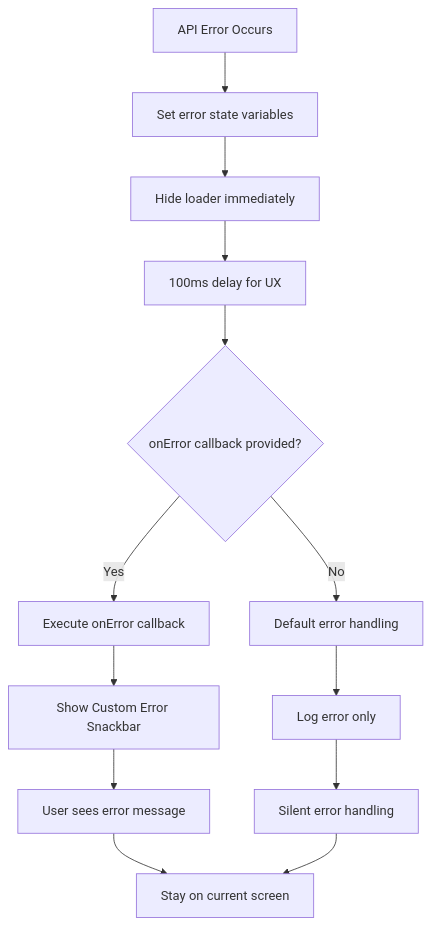
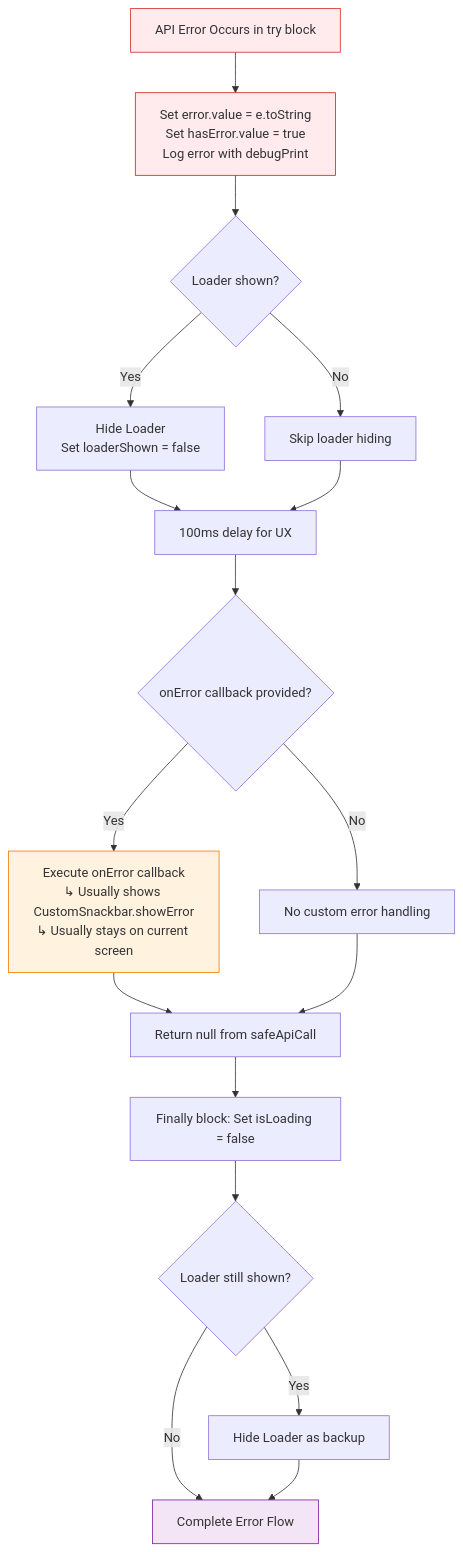
Before and after one commit to nomatake/KiokuNaviApp: the third of 3 diagrams in docs/API_CALL_GUIDANCE.md, drawn with Mermaid. The commit also changed other lines of this file, not shown here.

````diff
--- a/docs/API_CALL_GUIDANCE.md
+++ b/docs/API_CALL_GUIDANCE.md
@@ -130,19 +154,27 @@
 ```mermaid
 flowchart TD
-    A[API Error Occurs] --> B[Set error state variables]
-    B --> C[Hide loader immediately]
-    C --> D[100ms delay for UX]
-    D --> E{onError callback provided?}
+    A[API Error Occurs in try block] --> B[Set error.value = e.toString<br/>Set hasError.value = true<br/>Log error with debugPrint]
+    B --> C{Loader shown?}
+    C -->|Yes| D[Hide Loader<br/>Set loaderShown = false]
+    C -->|No| E[Skip loader hiding]
+    D --> F[100ms delay for UX]
+    E --> F
+    F --> G{onError callback provided?}
     
-    E -->|Yes| F[Execute onError callback]
-    E -->|No| G[Default error handling]
+    G -->|Yes| H[Execute onError callback<br/>↳ Usually shows CustomSnackbar.showError<br/>↳ Usually stays on current screen]
+    G -->|No| I[No custom error handling]
     
-    F --> H[Show Custom Error Snackbar]
-    G --> I[Log error only]
+    H --> J[Return null from safeApiCall]
+    I --> J
     
-    H --> J[User sees error message]
-    I --> K[Silent error handling]
+    J --> K[Finally block: Set isLoading = false]
+    K --> L{Loader still shown?}
+    L -->|Yes| M[Hide Loader as backup]
+    L -->|No| N[Complete Error Flow]
+    M --> N
     
-    J --> L[Stay on current screen]
-    K --> L
+    style A fill:#ffebee,stroke:#d32f2f
+    style H fill:#fff3e0,stroke:#f57c00
+    style N fill:#f3e5f5,stroke:#7b1fa2
+    style B fill:#ffebee,stroke:#c62828
 ```
````
